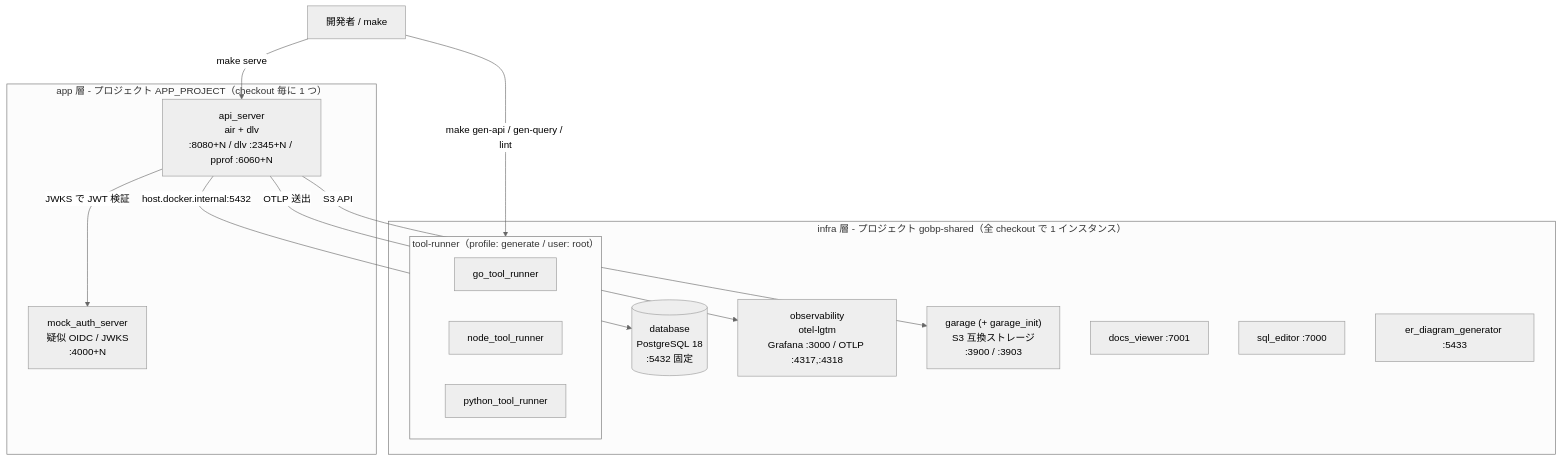
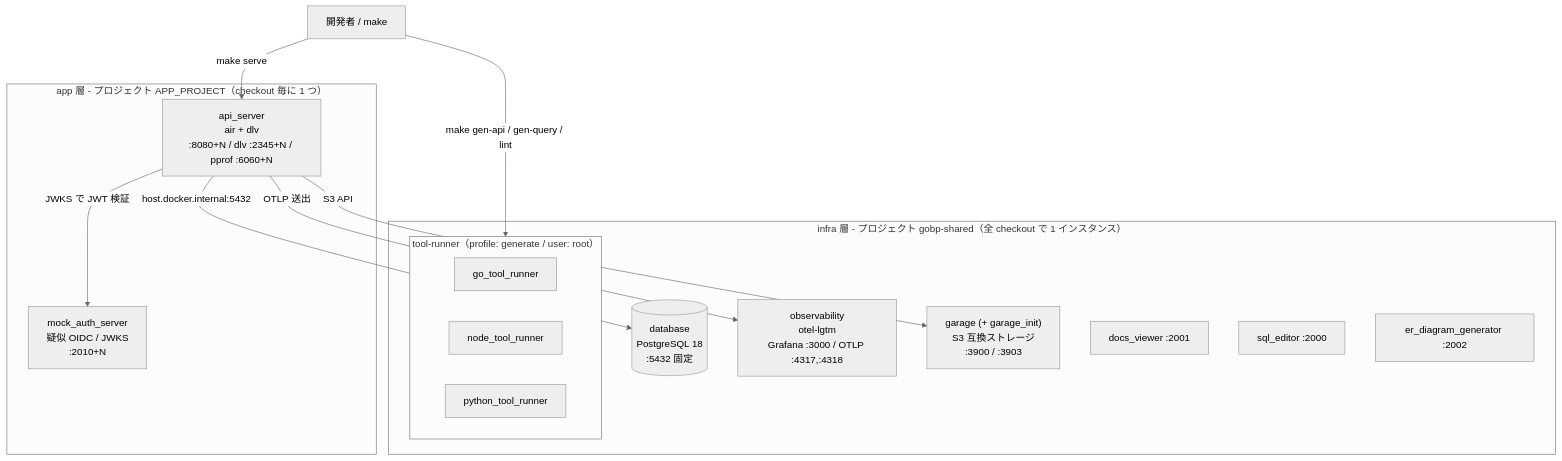
One commit to Tomy-ch/go-boilerplate changed the first of 2 diagrams in docs/ja/maintenance/local-environment.ja.md. Above: the diagram before and after it, drawn with Mermaid (neutral theme). The commit also changed other lines of this file and 13 other files, not shown here.

````diff
--- a/docs/ja/maintenance/local-environment.ja.md
+++ b/docs/ja/maintenance/local-environment.ja.md
@@ -17,30 +17,30 @@
 ```mermaid
 graph TB
   dev["開発者 / make"]
 
   subgraph infra["infra 層 - プロジェクト gobp-shared（全 checkout で 1 インスタンス）"]
     db[("database<br/>PostgreSQL 18<br/>:5432 固定")]
     obs["observability<br/>otel-lgtm<br/>Grafana :3000 / OTLP :4317,:4318"]
     gar["garage (+ garage_init)<br/>S3 互換ストレージ<br/>:3900 / :3903"]
-    docs["docs_viewer :7001"]
-    sql["sql_editor :7000"]
-    er["er_diagram_generator :5433"]
+    docs["docs_viewer :2001"]
+    sql["sql_editor :2000"]
+    er["er_diagram_generator :2002"]
     subgraph runners["tool-runner（profile: generate / user: root）"]
       go["go_tool_runner"]
       node["node_tool_runner"]
       py["python_tool_runner"]
     end
   end
 
   subgraph app["app 層 - プロジェクト APP_PROJECT（checkout 毎に 1 つ）"]
     api["api_server<br/>air + dlv<br/>:8080+N / dlv :2345+N / pprof :6060+N"]
-    auth["mock_auth_server<br/>疑似 OIDC / JWKS<br/>:4000+N"]
+    auth["mock_auth_server<br/>疑似 OIDC / JWKS<br/>:2010+N"]
   end
 
   dev -->|make serve| api
   dev -->|make gen-api / gen-query / lint| runners
   api -->|host.docker.internal:5432| db
   api -->|OTLP 送出| obs
   api -->|S3 API| gar
   api -->|JWKS で JWT 検証| auth
 ```
````
